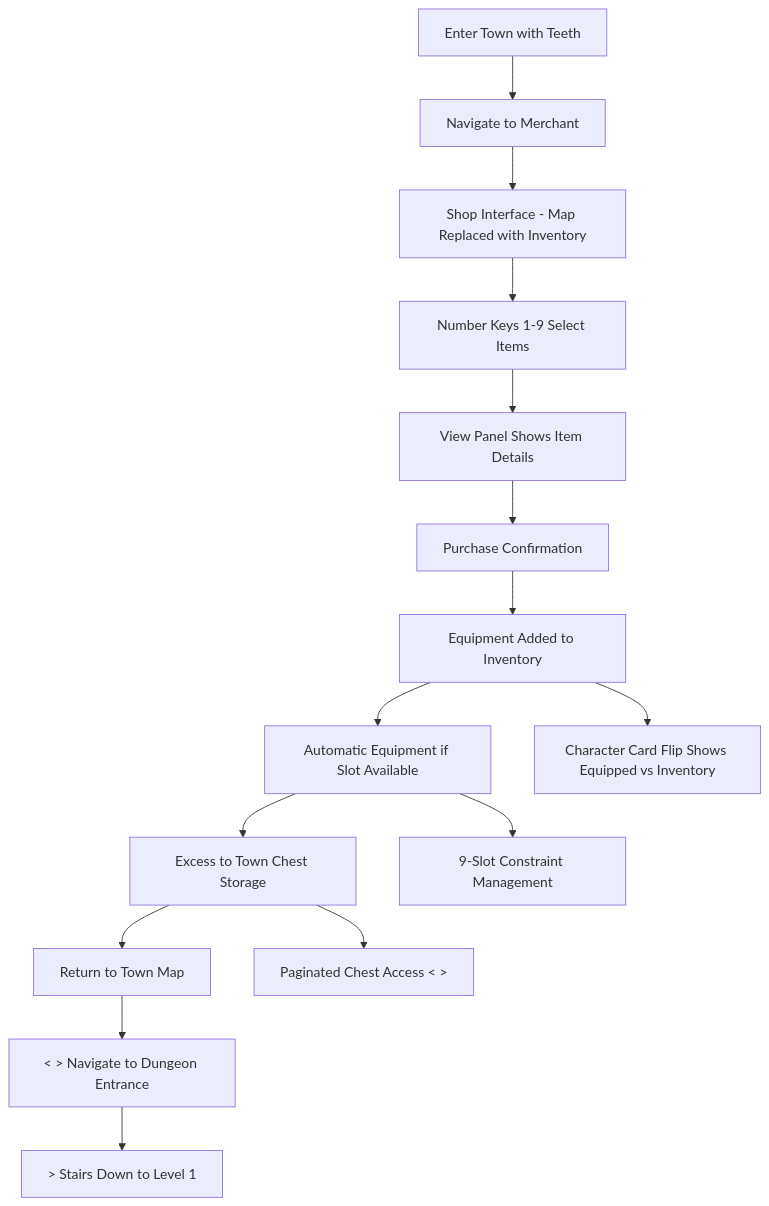
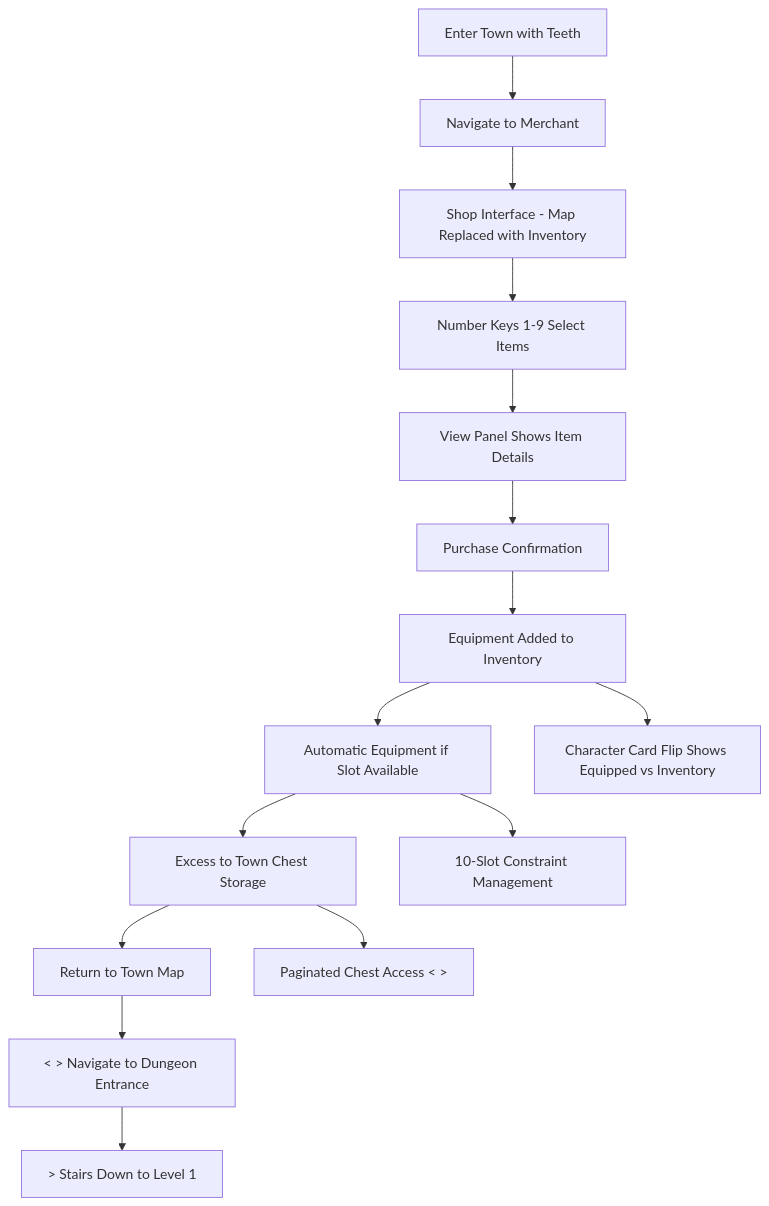
One commit to jasonmziegler/larn-like changed the third of 4 diagrams in docs/front-end-spec.md. Above: the diagram before and after it, drawn with Mermaid. The commit also changed other lines of this file and 10 other files, not shown here.

````diff
--- a/docs/front-end-spec.md
+++ b/docs/front-end-spec.md
@@ -181,19 +181,19 @@
 ```mermaid
 graph TD
     A[Enter Town with Teeth] --> B[Navigate to Merchant]
     B --> C[Shop Interface - Map Replaced with Inventory]
     C --> D[Number Keys 1-9 Select Items]
     D --> E[View Panel Shows Item Details]
     E --> F[Purchase Confirmation]
     F --> G[Equipment Added to Inventory]
     G --> H[Automatic Equipment if Slot Available]
     H --> I[Excess to Town Chest Storage]
     I --> J[Return to Town Map]
 
     J --> K[< > Navigate to Dungeon Entrance]
     K --> L[> Stairs Down to Level 1]
 
     G --> G1[Character Card Flip Shows Equipped vs Inventory]
-    H --> H1[9-Slot Constraint Management]
+    H --> H1[10-Slot Constraint Management]
     I --> I1[Paginated Chest Access < >]
 ```
````
